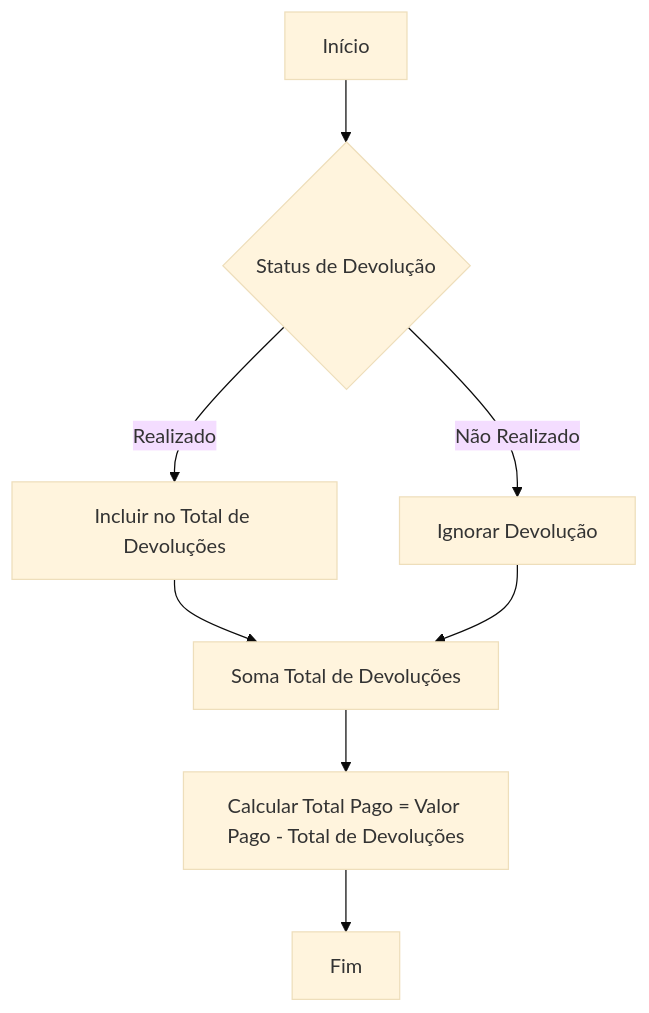
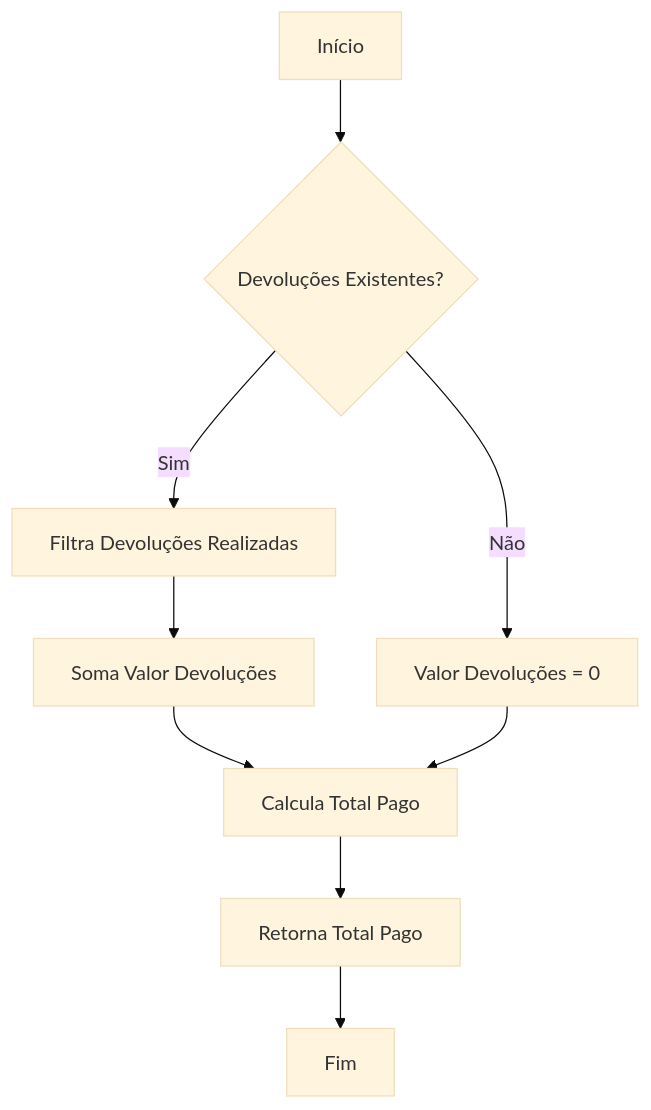
The first of 2 diagrams in docs/b2b-dominio/IsthmusWinthor.Nucleo/IsthmusWinthor.Dominio/Entidades/PagamentoContaPix.md (IsthmusSistemas/documentacao-tecnica), drawn with Mermaid (base theme) before and after one commit. The commit also changed other lines of this file and 882 other files, not shown here.

````diff
--- a/docs/b2b-dominio/IsthmusWinthor.Nucleo/IsthmusWinthor.Dominio/Entidades/PagamentoContaPix.md
+++ b/docs/b2b-dominio/IsthmusWinthor.Nucleo/IsthmusWinthor.Dominio/Entidades/PagamentoContaPix.md
@@ -19,10 +18,11 @@
 ```mermaid
 flowchart TD
-    A[Início] --> B{Status de Devolução}
-    B -->|Realizado| C[Incluir no Total de Devoluções]
-    B -->|Não Realizado| D[Ignorar Devolução]
-    C --> E[Soma Total de Devoluções]
-    D --> E
-    E --> F[Calcular Total Pago = Valor Pago - Total de Devoluções]
-    F --> G[Fim]
+    A[Início] --> B{Devoluções Existentes?}
+    B -- Sim --> C[Filtra Devoluções Realizadas]
+    C --> D[Soma Valor Devoluções]
+    B -- Não --> E[Valor Devoluções = 0]
+    D --> F[Calcula Total Pago]
+    E --> F
+    F --> G[Retorna Total Pago]
+    G --> H[Fim]
 ```
````
